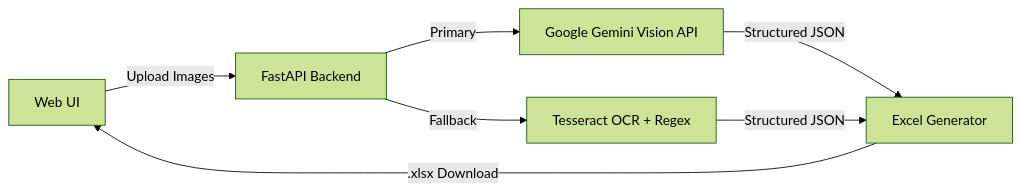
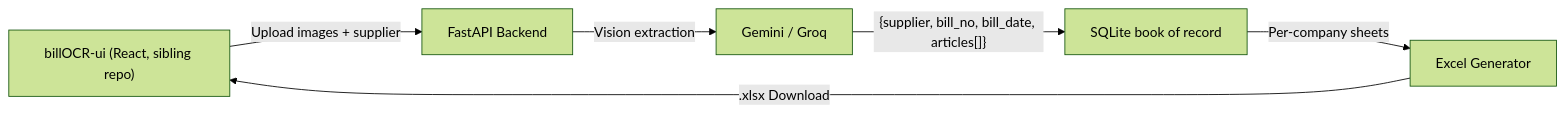
One commit to kumarankitmaurya/billOCR changed the diagram in README.md. Above: the diagram before and after it, drawn with Mermaid (forest theme). The commit also changed other lines of this file and 24 other files, not shown here.

````diff
--- a/README.md
+++ b/README.md
@@ -89,9 +88,8 @@
 ```mermaid
 graph LR
-    A["Web UI"] -->|Upload Images| B["FastAPI Backend"]
-    B -->|Primary| C["Google Gemini Vision API"]
-    B -->|Fallback| D["Tesseract OCR + Regex"]
-    C -->|Structured JSON| E["Excel Generator"]
-    D -->|Structured JSON| E
+    A["billOCR-ui (React, sibling repo)"] -->|Upload images + supplier| B["FastAPI Backend"]
+    B -->|Vision extraction| C["Gemini / Groq"]
+    C -->|"{supplier, bill_no, bill_date, articles[]}"| D["SQLite book of record"]
+    D -->|Per-company sheets| E["Excel Generator"]
     E -->|.xlsx Download| A
 ```
````
